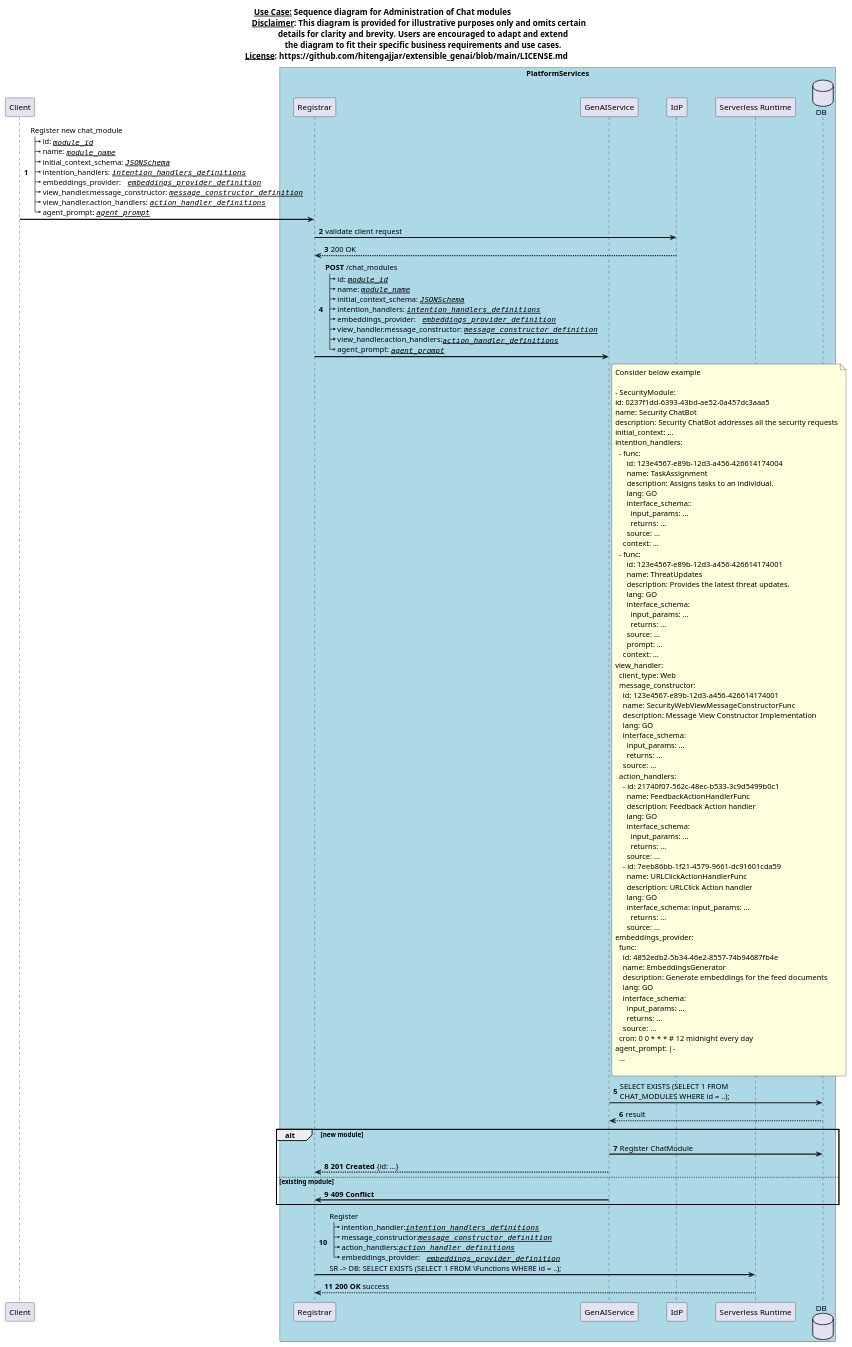
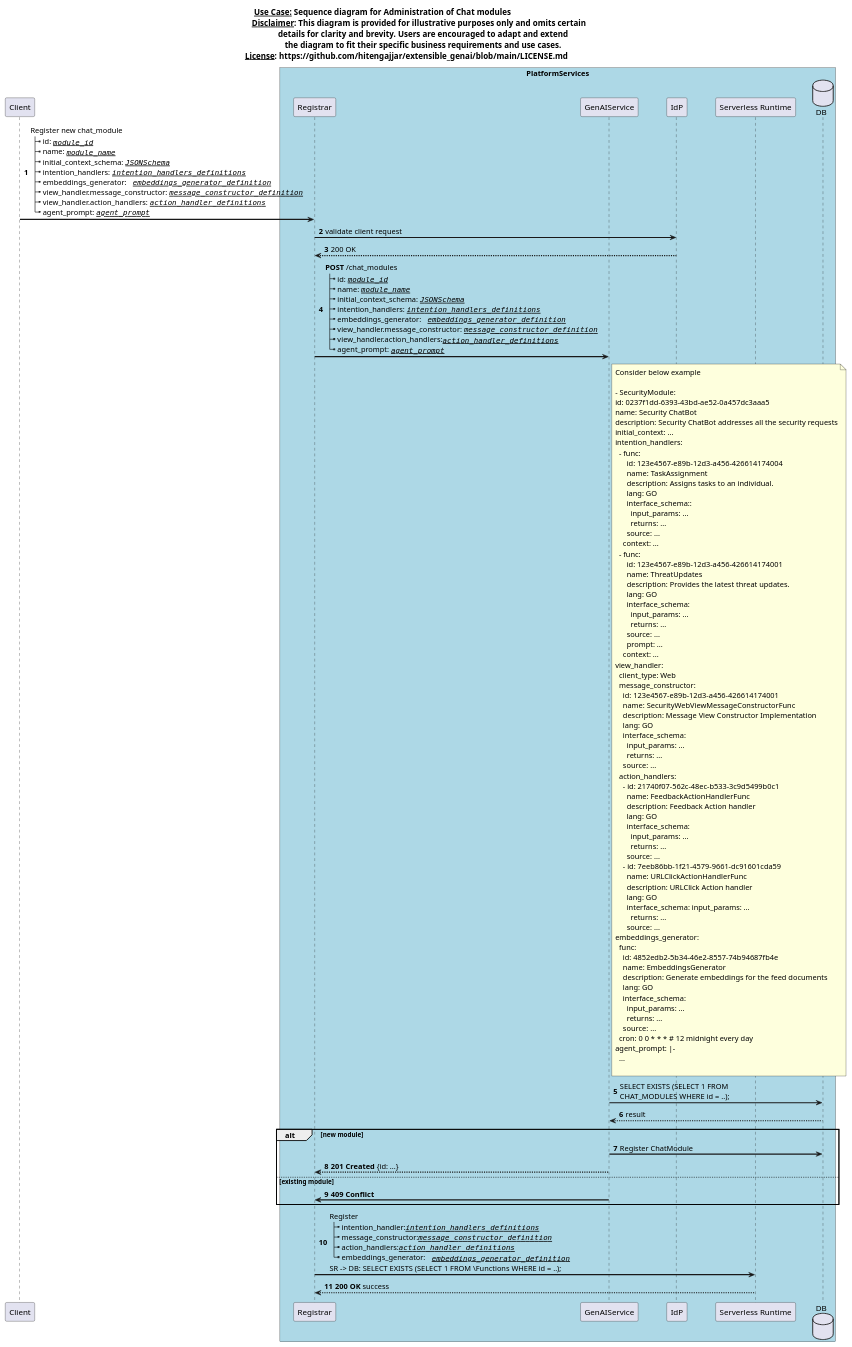
Before and after one commit to hitengajjar/extensible_genai: the diagram in UML/sequencediagrams/01 registration.wsd, drawn with PlantUML. The commit also changed 2 other files, not shown here.

```diff
--- a/UML/sequencediagrams/01 registration.wsd
+++ b/UML/sequencediagrams/01 registration.wsd
@@ -1,142 +1,142 @@
 @startuml
 
 title 
 <u>Use Case:</u> Sequence diagram for Administration of Chat modules                                    
 <u>Disclaimer</u>: This diagram is provided for illustrative purposes only and omits certain 
    details for clarity and brevity. Users are encouraged to adapt and extend
    the diagram to fit their specific business requirements and use cases.
 <u>License</u>: https://github.com/hitengajjar/extensible_genai/blob/main/LICENSE.md             
 End title
 
 autonumber
 skinparam ParticipantPadding 20
 skinparam BoxPadding 10
 
 skinparam sequenceArrowThickness 2
 
 participant Client as C
 
 box "PlatformServices" #LightBlue 
 participant "Registrar" as R
 participant GenAIService as GenAI
 participant IdP
 participant "Serverless Runtime" as SR
 database DB
 end box
 
 C -> R: Register new chat_module \n\
 |_ id: ""//__module_id__//"" \n\
 |_ name: ""//__module_name__//"" \n\
 |_ initial_context_schema: ""//__JSONSchema__//"" \n\
 |_ intention_handlers: ""//__intention_handlers_definitions__//"" \n\
-|_ embeddings_provider: "" //__embeddings_provider_definition__//"" \n\
+|_ embeddings_generator: "" //__embeddings_generator_definition__//"" \n\
 |_ view_handler.message_constructor: ""//__message_constructor_definition__//"" \n\
 |_ view_handler.action_handlers: ""//__action_handler_definitions__//"" \n\
 |_ agent_prompt: ""//__agent_prompt__//""
 
 R -> IdP: validate client request
 return 200 OK
 
 R -> GenAI: **POST** /chat_modules \n\
 |_ id: ""//__module_id__//"" \n\
 |_ name: ""//__module_name__//"" \n\
 |_ initial_context_schema: ""//__JSONSchema__//"" \n\
 |_ intention_handlers: ""//__intention_handlers_definitions__//"" \n\
-|_ embeddings_provider: "" //__embeddings_provider_definition__//"" \n\
+|_ embeddings_generator: "" //__embeddings_generator_definition__//"" \n\
 |_ view_handler.message_constructor: ""//__message_constructor_definition__//"" \n\
 |_ view_handler.action_handlers:""//__action_handler_definitions__//"" \n\
 |_ agent_prompt: ""//__agent_prompt__//""
 
 
 note right of GenAI
 Consider below example
 
 - SecurityModule:
 id: 0237f1dd-6393-43bd-ae52-0a457dc3aaa5
 name: Security ChatBot
 description: Security ChatBot addresses all the security requests
 initial_context: ...
 intention_handlers:
   - func: 
       id: 123e4567-e89b-12d3-a456-426614174004
       name: TaskAssignment
       description: Assigns tasks to an individual.
       lang: GO
       interface_schema::
         input_params: ...
         returns: ...
       source: ...
     context: ...
   - func: 
       id: 123e4567-e89b-12d3-a456-426614174001
       name: ThreatUpdates
       description: Provides the latest threat updates.
       lang: GO
       interface_schema:
         input_params: ...
         returns: ...
       source: ...
       prompt: ...
     context: ...
 view_handler:
   client_type: Web
   message_constructor: 
     id: 123e4567-e89b-12d3-a456-426614174001
     name: SecurityWebViewMessageConstructorFunc
     description: Message View Constructor Implementation
     lang: GO
     interface_schema:
       input_params: ...
       returns: ...
     source: ...
   action_handlers: 
     - id: 21740f07-562c-48ec-b533-3c9d5499b0c1
       name: FeedbackActionHandlerFunc
       description: Feedback Action handler
       lang: GO
       interface_schema:
         input_params: ...
         returns: ...
       source: ...
     - id: 7eeb86bb-1f21-4579-9661-dc91601cda59
       name: URLClickActionHandlerFunc
       description: URLClick Action handler
       lang: GO
       interface_schema: input_params: ...
         returns: ...
       source: ...
-embeddings_provider:
+embeddings_generator:
   func: 
     id: 4852edb2-5b34-46e2-8557-74b94687fb4e
     name: EmbeddingsGenerator
     description: Generate embeddings for the feed documents
     lang: GO
     interface_schema:
       input_params: ...
       returns: ...
     source: ...
   cron: 0 0 * * * # 12 midnight every day
 agent_prompt: |-
   ...
       
 end note
 
 GenAI -> DB: SELECT EXISTS (SELECT 1 FROM \nCHAT_MODULES WHERE id = ..);
 return result
 Alt new module
   GenAI -> DB: Register ChatModule
   GenAI --> R: **201 Created** {id: ...}
 Else existing module
   GenAI -> R: **409 Conflict**
 End
 
 R -> SR: Register \n\
 |_ intention_handler:""//__intention_handlers_definitions__//"" \n\
 |_ message_constructor:""//__message_constructor_definition__//"" \n\
 |_ action_handlers:""//__action_handler_definitions__//"" \n\
-|_ embeddings_provider: "" //__embeddings_provider_definition__//"" \n\
+|_ embeddings_generator: "" //__embeddings_generator_definition__//"" \n\
 SR -> DB: SELECT EXISTS (SELECT 1 FROM \Functions WHERE id = ..);
 return **200 OK** success
 
 
 @enduml
```
